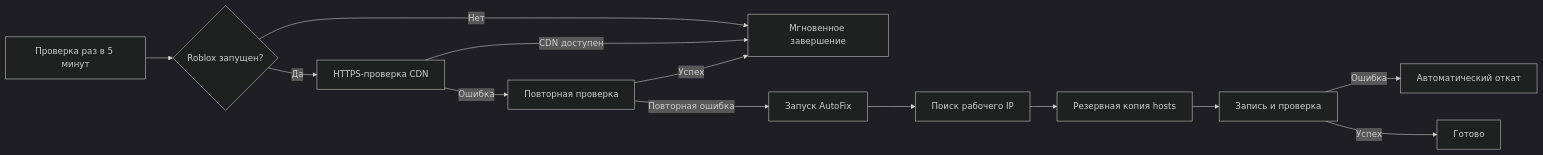
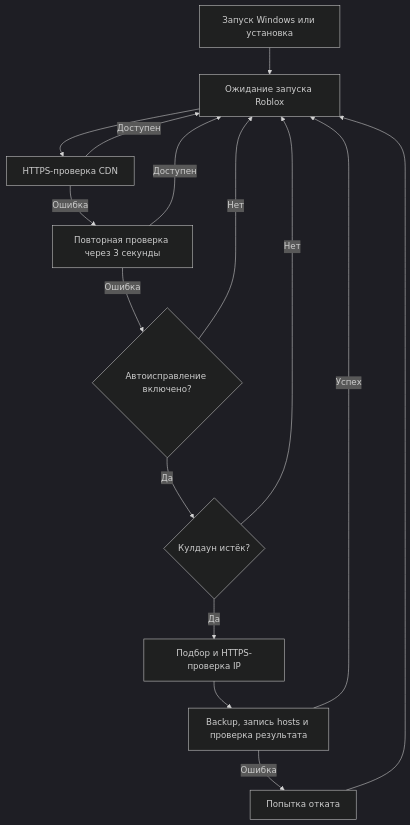
The diagram in README.md (forevertempest/Roblox-Fix-Assets-or-Image-CDN), drawn with Mermaid (dark theme) before and after one commit. The commit also changed other lines of this file and 12 other files, not shown here.

````diff
--- a/README.md
+++ b/README.md
@@ -74,15 +105,17 @@
 ```mermaid
-flowchart LR
-    A[Проверка раз в 5 минут] --> B{Roblox запущен?}
-    B -- Нет --> C[Мгновенное завершение]
-    B -- Да --> D[HTTPS-проверка CDN]
-    D -- CDN доступен --> C
-    D -- Ошибка --> E[Повторная проверка]
-    E -- Успех --> C
-    E -- Повторная ошибка --> F[Запуск AutoFix]
-    F --> G[Поиск рабочего IP]
-    G --> H[Резервная копия hosts]
-    H --> I[Запись и проверка]
-    I -- Ошибка --> J[Автоматический откат]
-    I -- Успех --> K[Готово]
+flowchart TD
+    A[Запуск Windows или установка] --> B[Ожидание запуска Roblox]
+    B --> C[HTTPS-проверка CDN]
+    C -- Доступен --> B
+    C -- Ошибка --> D[Повторная проверка через 3 секунды]
+    D -- Доступен --> B
+    D -- Ошибка --> E{Автоисправление включено?}
+    E -- Нет --> B
+    E -- Да --> F{Кулдаун истёк?}
+    F -- Нет --> B
+    F -- Да --> G[Подбор и HTTPS-проверка IP]
+    G --> H[Backup, запись hosts и проверка результата]
+    H -- Успех --> B
+    H -- Ошибка --> I[Попытка отката]
+    I --> B
 ```
````
